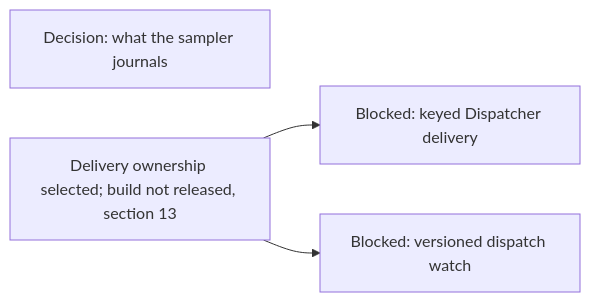
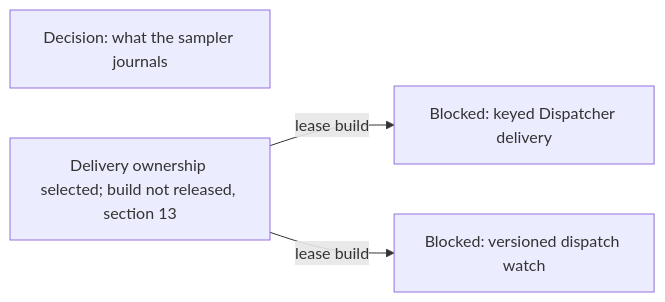
One commit to agentydragon/ducktape changed diagram 20 of 21 in agentplane/plans/task_dag.md. Above: the diagram before and after it, drawn with Mermaid. The commit also changed other lines of this file and 1 other file, not shown here.

First line of the commit message:
agentplane: keyed delivery and watch versions wait on the lease build

````diff
--- a/agentplane/plans/task_dag.md
+++ b/agentplane/plans/task_dag.md
@@ -3913,6 +3913,6 @@
 ```mermaid
 flowchart LR
     SAMPLER_JOURNAL_DIET[Decision: what the sampler journals]
-    DISPATCHER_PERSISTENCE_MODEL_DESIGN[Delivery ownership selected; build not released, section 13] --> DISPATCHER_KEYED_DELIVERY[Blocked: keyed Dispatcher delivery]
-    DISPATCHER_PERSISTENCE_MODEL_DESIGN --> DISPATCHER_WATCH_VERSIONS[Blocked: versioned dispatch watch]
+    DISPATCHER_PERSISTENCE_MODEL_DESIGN[Delivery ownership selected; build not released, section 13] -->|lease build| DISPATCHER_KEYED_DELIVERY[Blocked: keyed Dispatcher delivery]
+    DISPATCHER_PERSISTENCE_MODEL_DESIGN -->|lease build| DISPATCHER_WATCH_VERSIONS[Blocked: versioned dispatch watch]
 ```
````
